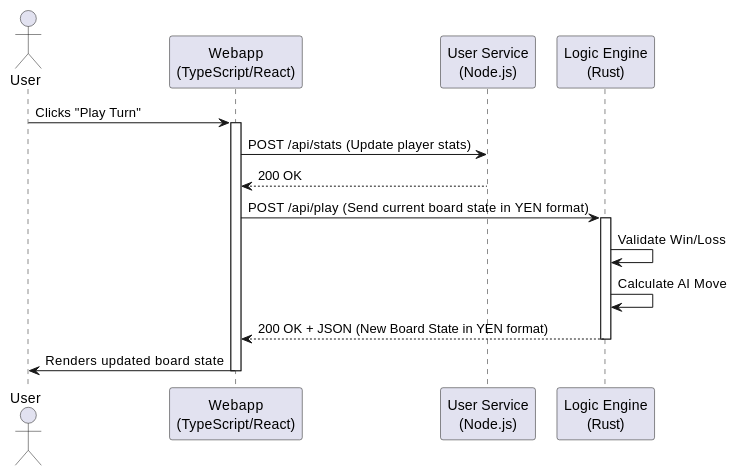
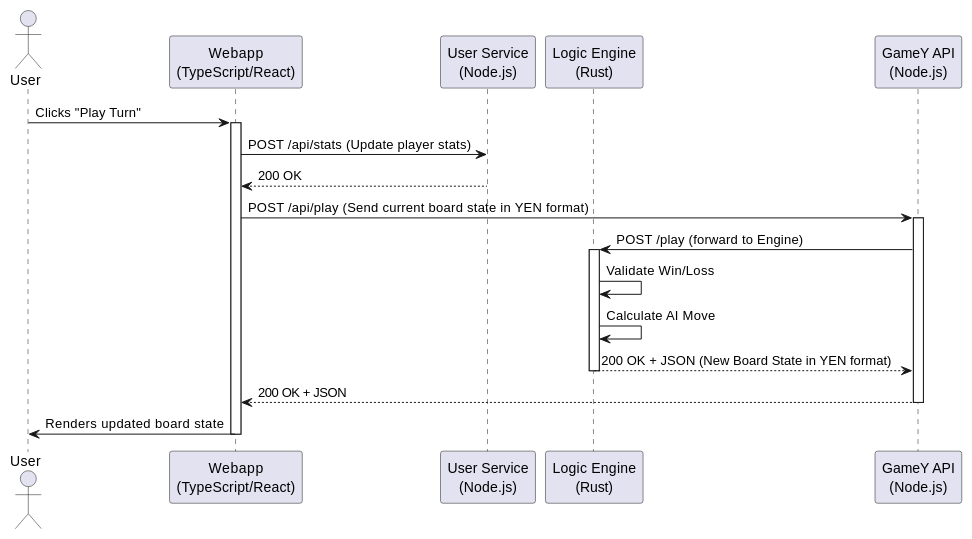
Before and after one commit to Arquisoft/yovi_en1a: the first of 2 diagrams in docs/src/08_concepts.adoc, drawn with PlantUML. The commit also changed other lines of this file, not shown here.

Commit message:
Added gameyapi to chapter 8
Issue #87

```diff
--- a/docs/src/08_concepts.adoc
+++ b/docs/src/08_concepts.adoc
@@ -52,25 +52,30 @@
 [plantuml, "api-communication-flow", png]
 ----
 @startuml
 actor User
 participant "Webapp\n(TypeScript/React)" as WebApp
 participant "User Service\n(Node.js)" as Node
 participant "Logic Engine\n(Rust)" as Rust
+participant "GameY API\n(Node.js)" as API
 
 User -> WebApp : Clicks "Play Turn"
 activate WebApp
 
 WebApp -> Node : POST /api/stats (Update player stats)
 Node --> WebApp : 200 OK
 
-WebApp -> Rust : POST /api/play (Send current board state in YEN format)
+WebApp -> API : POST /api/play (Send current board state in YEN format)
+activate API
+API -> Rust : POST /play (forward to Engine)
 activate Rust
 Rust -> Rust : Validate Win/Loss
 Rust -> Rust : Calculate AI Move
-Rust --> WebApp : 200 OK + JSON (New Board State in YEN format)
+Rust --> API : 200 OK + JSON (New Board State in YEN format)
 deactivate Rust
+API --> WebApp : 200 OK + JSON
+deactivate API
 
 WebApp -> User : Renders updated board state
 deactivate WebApp
 @enduml
 ----
```
